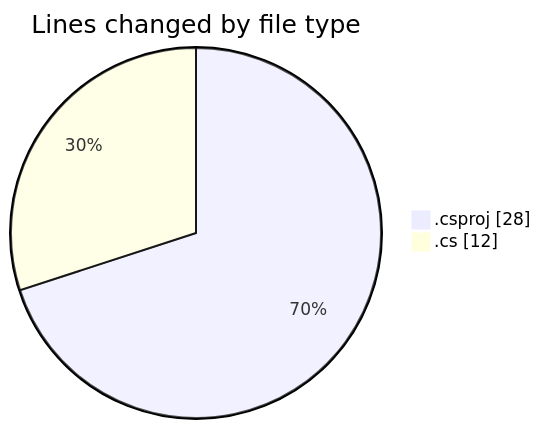
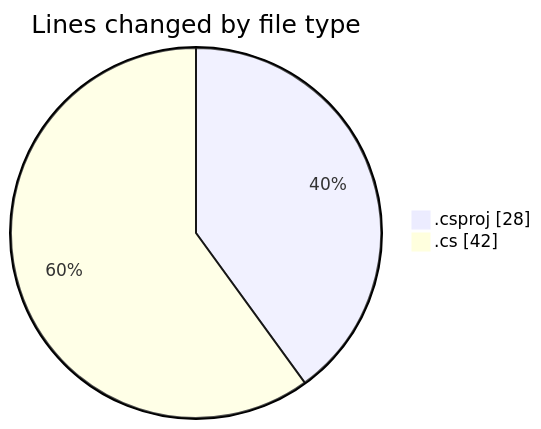
One commit to Netris89/code-tracking changed the first of 2 diagrams in 2025-10-06/skintrack/README.md. Above: the diagram before and after it, drawn with Mermaid. The commit also changed other lines of this file and 1 other file, not shown here.

````diff
--- a/2025-10-06/skintrack/README.md
+++ b/2025-10-06/skintrack/README.md
@@ -21,6 +21,6 @@
 ```mermaid
 pie showData
 title Lines changed by file type
 ".csproj" : 28
-".cs" : 12
+".cs" : 42
 ```
````
